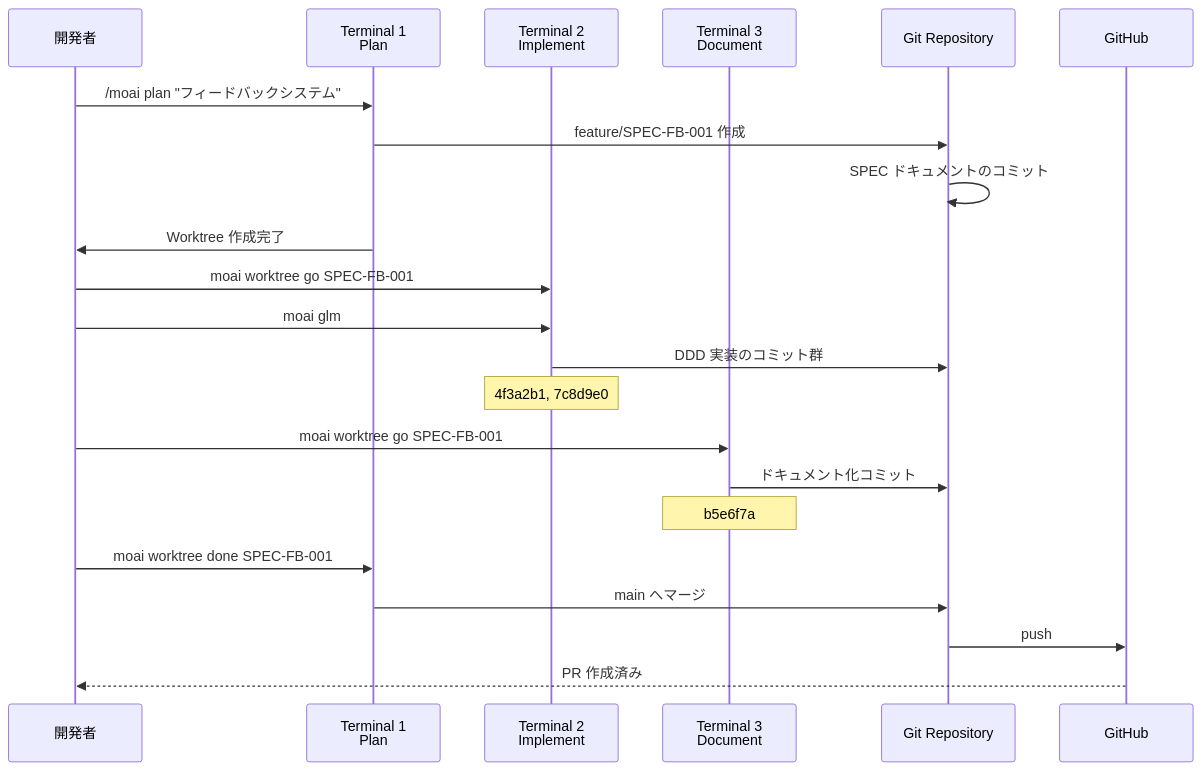
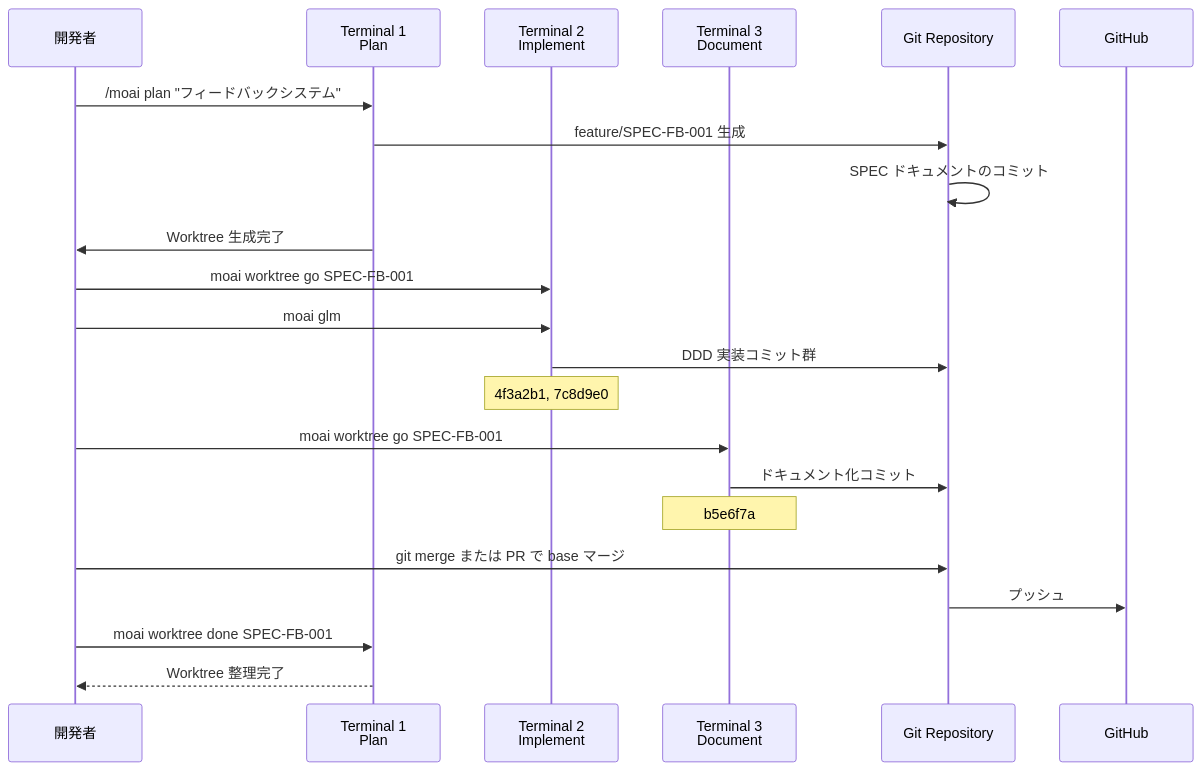
Before and after one commit to gabrielmoreira/agent-skills-mirror: the fourth of 4 diagrams in mirrors/repos/modu-ai@moai-adk/docs-site/content/ja/worktree/examples.md, drawn with Mermaid. The commit also changed other lines of this file and 4482 other files, not shown here.

````diff
--- a/mirrors/repos/modu-ai@moai-adk/docs-site/content/ja/worktree/examples.md
+++ b/mirrors/repos/modu-ai@moai-adk/docs-site/content/ja/worktree/examples.md
@@ -490,28 +469,28 @@
 ```mermaid
 sequenceDiagram
     participant Dev as 開発者
     participant T1 as Terminal 1<br/>Plan
     participant T2 as Terminal 2<br/>Implement
     participant T3 as Terminal 3<br/>Document
     participant Git as Git Repository
     participant Remote as GitHub
 
     Dev->>T1: /moai plan "フィードバックシステム"
-    T1->>Git: feature/SPEC-FB-001 作成
+    T1->>Git: feature/SPEC-FB-001 生成
     Git->>Git: SPEC ドキュメントのコミット
-    T1->>Dev: Worktree 作成完了
+    T1->>Dev: Worktree 生成完了
 
     Dev->>T2: moai worktree go SPEC-FB-001
     Dev->>T2: moai glm
-    T2->>Git: DDD 実装のコミット群
+    T2->>Git: DDD 実装コミット群
     Note over T2: 4f3a2b1, 7c8d9e0
 
     Dev->>T3: moai worktree go SPEC-FB-001
     T3->>Git: ドキュメント化コミット
     Note over T3: b5e6f7a
 
+    Dev->>Git: git merge または PR で base マージ
+    Git->>Remote: プッシュ
     Dev->>T1: moai worktree done SPEC-FB-001
-    T1->>Git: main へマージ
-    Git->>Remote: push
-    Remote-->>Dev: PR 作成済み
+    T1-->>Dev: Worktree 整理完了
 ```
````
